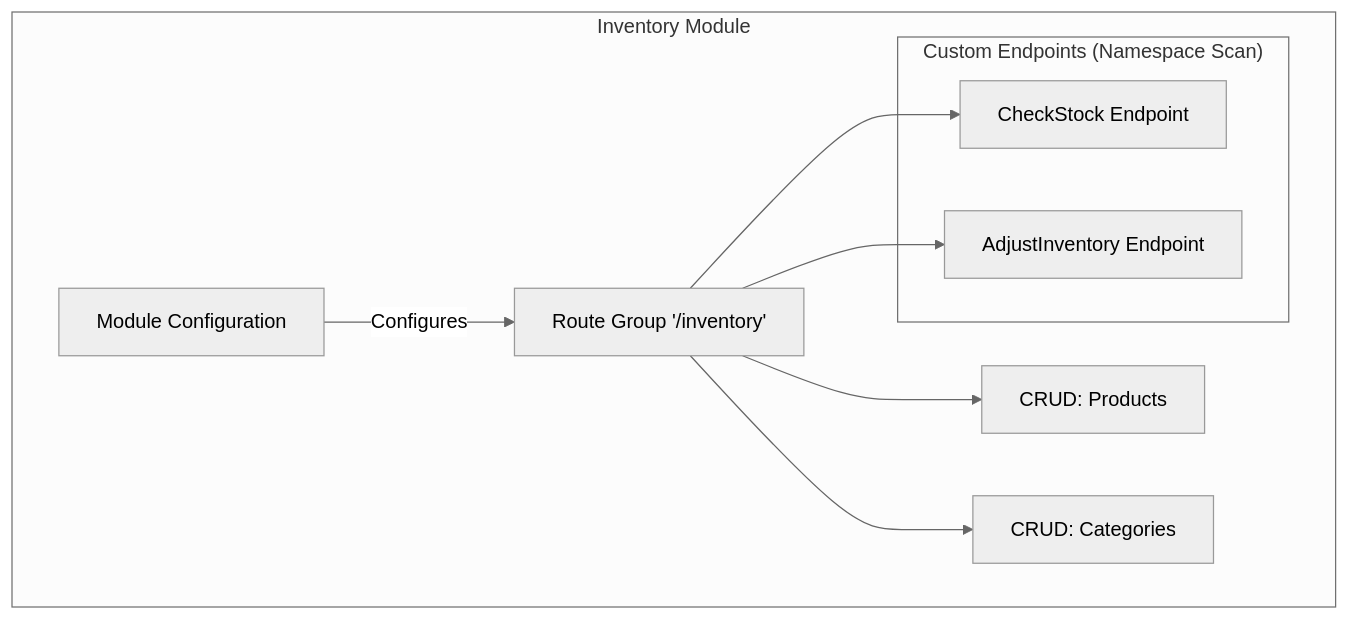
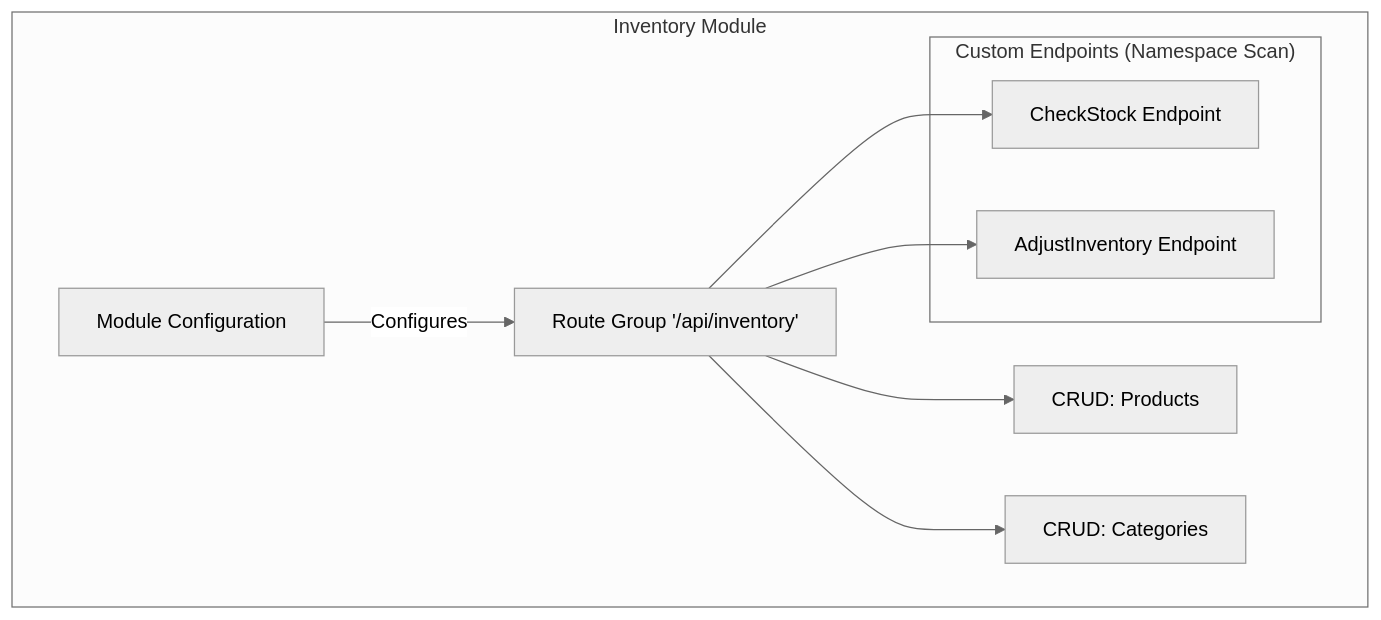
Before and after one commit to Henry-cmd325/FastSharp: the diagram in docs/architecture.md, drawn with Mermaid (neutral theme). The commit also changed other lines of this file and 31 other files, not shown here.

````diff
--- a/docs/architecture.md
+++ b/docs/architecture.md
@@ -103,17 +103,17 @@
 ```mermaid
 graph TD
     subgraph "Inventory Module"
-        D[Module Configuration] -->|Configures| G[Route Group '/inventory']
+        D[Module Configuration] -->|Configures| G[Route Group '/api/inventory']
         
         G --> C1[CRUD: Products]
         G --> C2[CRUD: Categories]
         
         subgraph "Custom Endpoints (Namespace Scan)"
             E1[CheckStock Endpoint]
             E2[AdjustInventory Endpoint]
         end
         
         G --> E1
         G --> E2
     end
 ```
````
